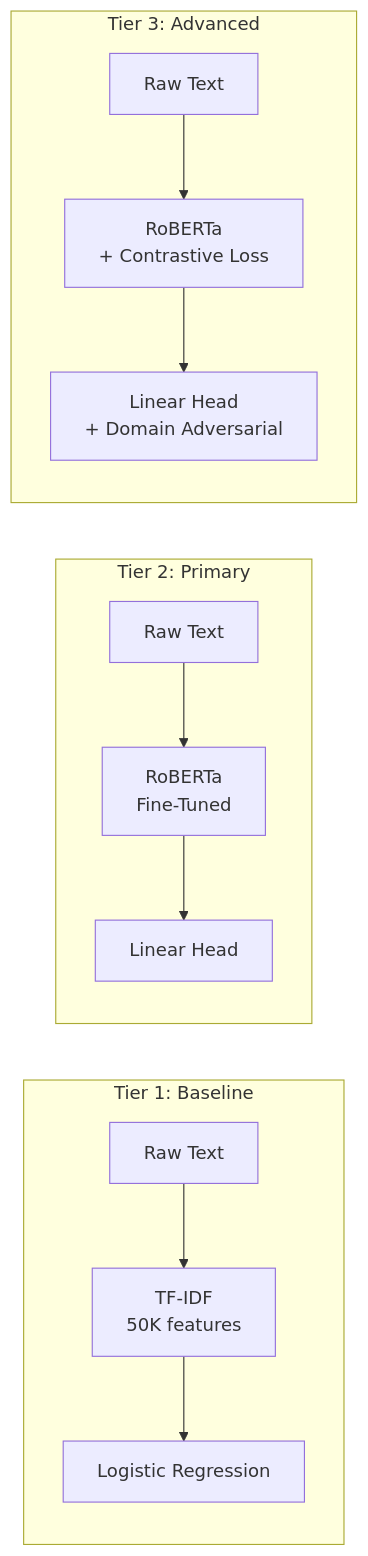
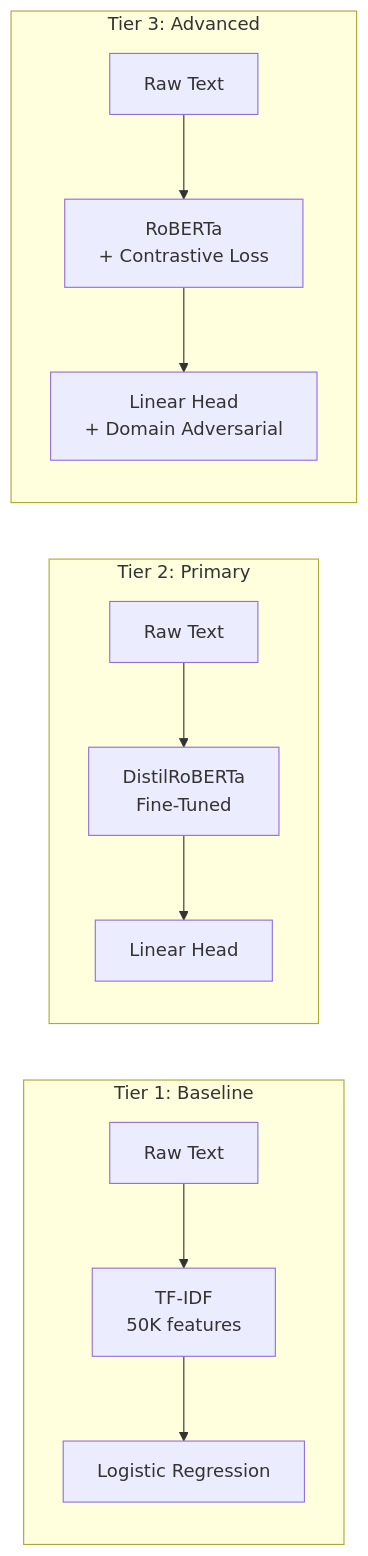
Before and after one commit to Max00358/AI-gen-text-detector: the third of 4 diagrams in README.md, drawn with Mermaid. The commit also changed other lines of this file, not shown here.

````diff
--- a/README.md
+++ b/README.md
@@ -598,14 +608,14 @@
 ```mermaid
 flowchart LR
     subgraph tier1 [Tier 1: Baseline]
         T1_In["Raw Text"] --> TFIDF["TF-IDF<br/>50K features"] --> LR["Logistic Regression"]
     end
 
     subgraph tier2 [Tier 2: Primary]
-        T2_In["Raw Text"] --> RoBERTa["RoBERTa<br/>Fine-Tuned"] --> Head2["Linear Head"]
+        T2_In["Raw Text"] --> RoBERTa["DistilRoBERTa<br/>Fine-Tuned"] --> Head2["Linear Head"]
     end
 
     subgraph tier3 [Tier 3: Advanced]
         T3_In["Raw Text"] --> RoBERTa2["RoBERTa<br/>+ Contrastive Loss"] --> Head3["Linear Head<br/>+ Domain Adversarial"]
     end
 ```
````
